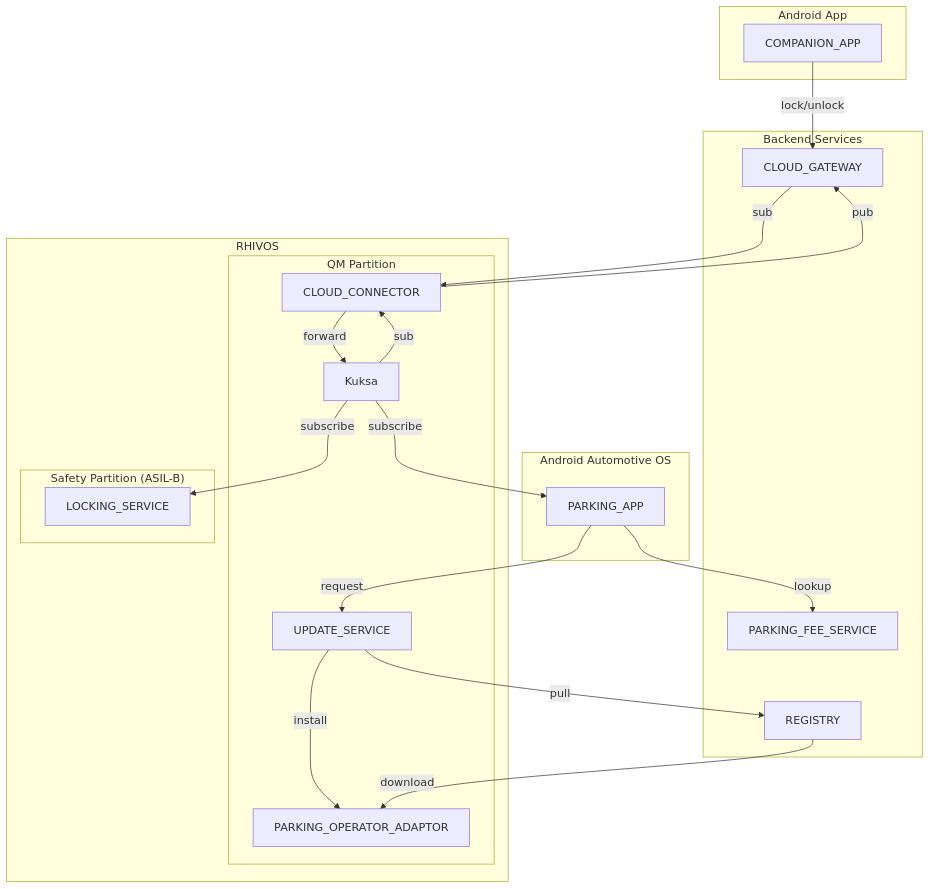
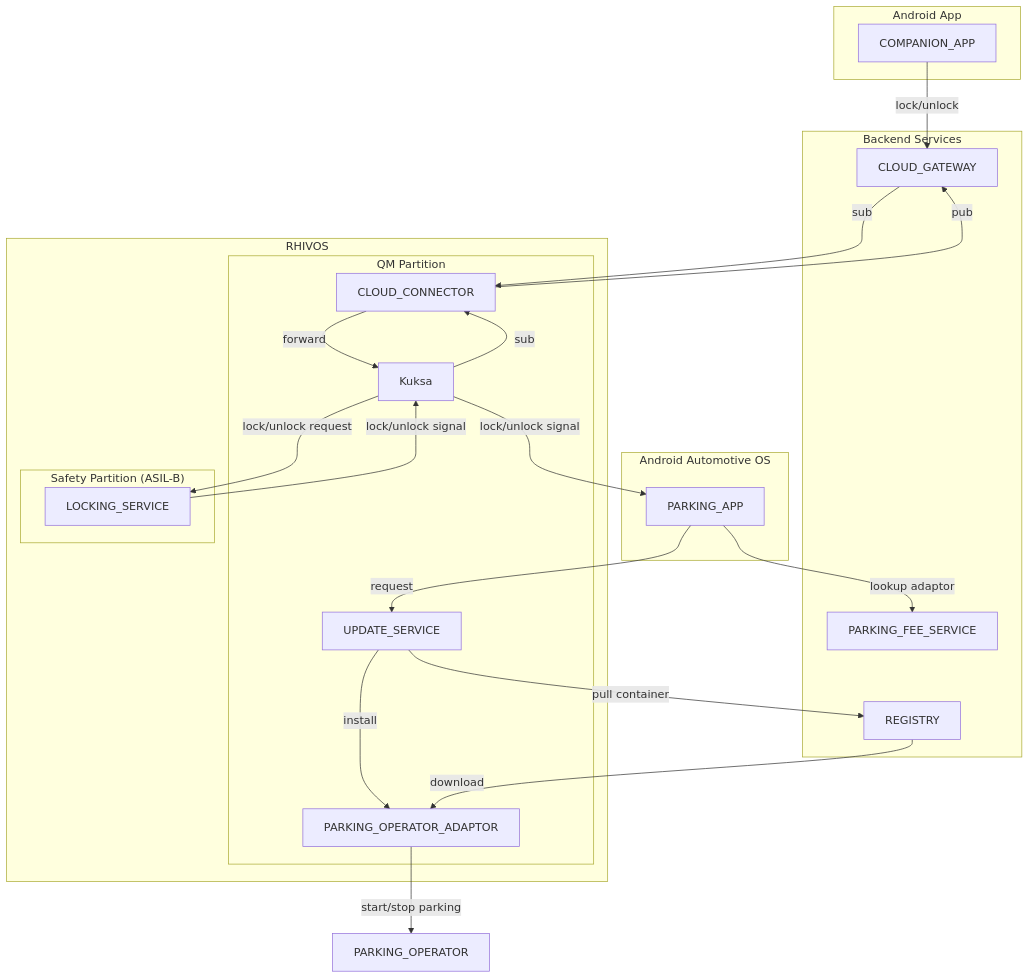
Before and after one commit to rhadp/parking-fee-service: the diagram in prd.md, drawn with Mermaid.

Commit message:
initial prd.md

````diff
--- a/prd.md
+++ b/prd.md
@@ -91,46 +91,50 @@
 ```mermaid
 flowchart TD
 subgraph AAOS["Android Automotive OS"]
 	ParkingApp["PARKING_APP"]
 end
 
 subgraph Android["Android App"]
 	CompanionApp["COMPANION_APP"]
 end
 
 subgraph RHIVOS["RHIVOS"]
 	subgraph QM["QM Partition"]
 		Adaptor["PARKING_OPERATOR_ADAPTOR"]
     CloudConnector["CLOUD_CONNECTOR"]
     FOD["UPDATE_SERVICE"]
     DataBroker["Kuksa"]
 	end
 	
 	subgraph Safety["Safety Partition (ASIL-B)"]
 		LockingService["LOCKING_SERVICE"]
 	end
 end
 
 subgraph Cloud["Backend Services"]
   ParkingFeeService["PARKING_FEE_SERVICE"]
   Registry["REGISTRY"]
   CloudGateway["CLOUD_GATEWAY"]
 end
 
 CompanionApp --> |lock/unlock| CloudGateway
 
 CloudConnector --> |pub| CloudGateway --> |sub| CloudConnector
 CloudConnector --> |forward| DataBroker --> |sub| CloudConnector
 
-DataBroker --> |subscribe| LockingService
-DataBroker --> |subscribe| ParkingApp
+DataBroker --> |lock/unlock request| LockingService
+DataBroker --> |lock/unlock signal| ParkingApp
 
-ParkingApp --> |lookup| ParkingFeeService
+LockingService --> |lock/unlock signal| DataBroker
+
+ParkingApp --> |lookup adaptor| ParkingFeeService
 ParkingApp --> |request| FOD
 
-FOD --> |pull| Registry
+FOD --> |pull container| Registry
 FOD --> |install| Adaptor
 
 Registry --> |download| Adaptor
 
+Adaptor --> |start/stop parking| PARKING_OPERATOR
+
 ```
````
